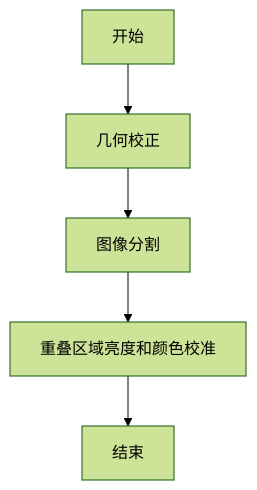
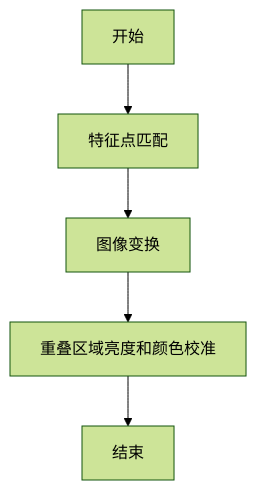
The diagram in README.md (3BPM/Multi-projector-correction), drawn with Mermaid (forest theme) before and after one commit. The commit also changed other lines of this file, not shown here.

````diff
--- a/README.md
+++ b/README.md
@@ -9,7 +9,7 @@
 ```mermaid
 graph TD;
-    A[开始] --> B[几何校正]
-    B --> C[图像分割]
+    A[开始] --> B[特征点匹配]
+    B --> C[图像变换]
     C --> D[重叠区域亮度和颜色校准]
     D --> E[结束]
 ```
````
